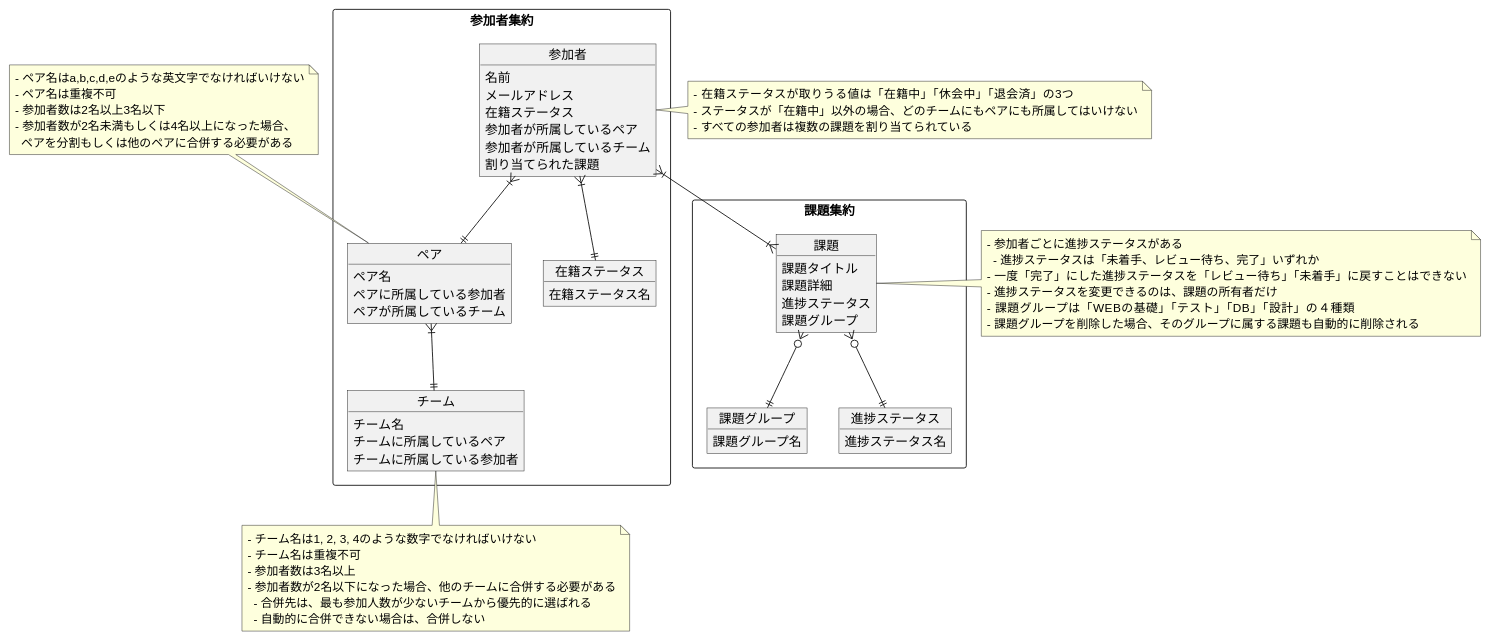
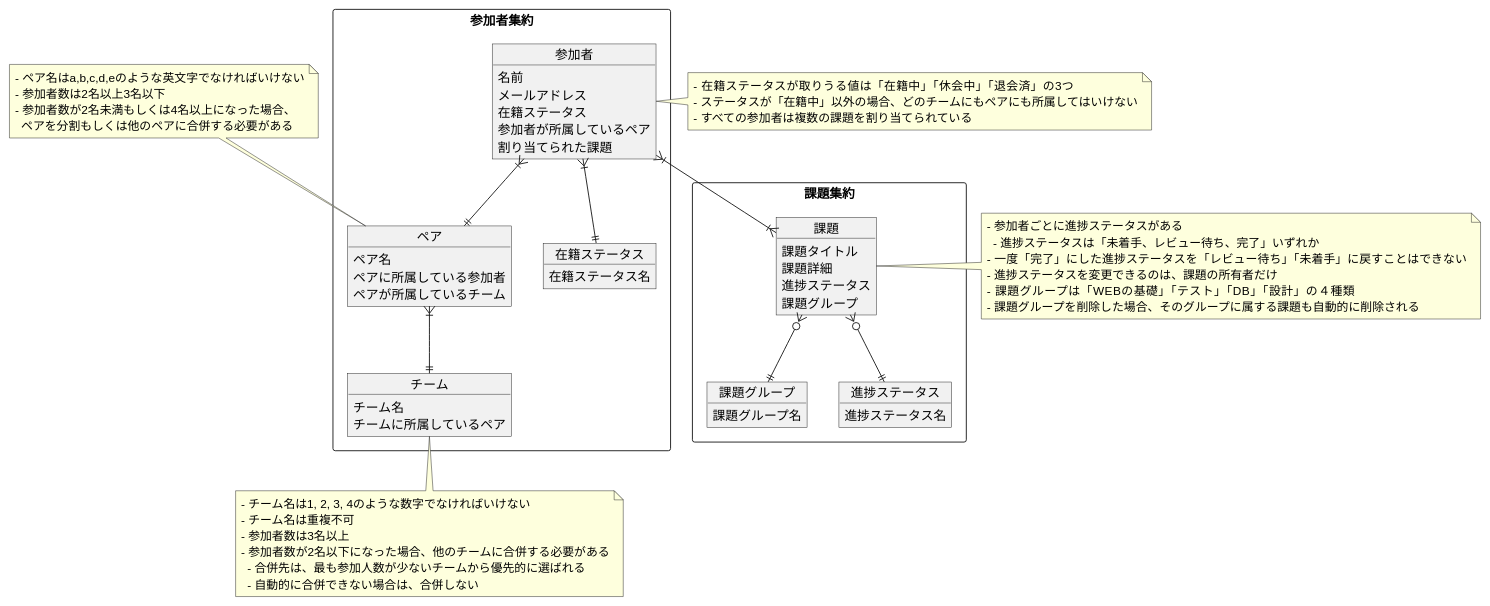
One commit to gn-t-k/PrAhaChallengeTasks changed the diagram in 04_設計/04_プラハチャレンジをDDDで実装してみる/01_モデル図/ドメインモデル図.md. Above: the diagram before and after it, drawn with PlantUML.

Commit message:
不要な参照を削除

````diff
--- a/04_設計/04_プラハチャレンジをDDDで実装してみる/01_モデル図/ドメインモデル図.md
+++ b/04_設計/04_プラハチャレンジをDDDで実装してみる/01_モデル図/ドメインモデル図.md
@@ -3,82 +3,79 @@
 ```plantuml
 @startuml
 
 rectangle 参加者集約 {
   Object 参加者 {
     名前
     メールアドレス
     在籍ステータス
     参加者が所属しているペア
-    参加者が所属しているチーム
     割り当てられた課題
   }
   Object ペア {
     ペア名
     ペアに所属している参加者
     ペアが所属しているチーム
   }
   Object チーム {
     チーム名
     チームに所属しているペア
-    チームに所属している参加者
   }
   Object 在籍ステータス {
     在籍ステータス名
   }
 }
 rectangle 課題集約 {
   Object 課題 {
     課題タイトル
     課題詳細
     進捗ステータス
     課題グループ
   }
   Object 課題グループ {
     課題グループ名
   }
   Object 進捗ステータス {
     進捗ステータス名
   }
 }
 
 参加者 }|--|{ 課題
 参加者 }|--|| 在籍ステータス
 参加者 }|--|| ペア
 ペア }|--|| チーム
 課題 }o--|| 課題グループ
 課題 }o--|| 進捗ステータス
 
 note right of 参加者
 - 在籍ステータスが取りうる値は「在籍中」「休会中」「退会済」の3つ
 - ステータスが「在籍中」以外の場合、どのチームにもペアにも所属してはいけない
 - すべての参加者は複数の課題を割り当てられている
 endnote
 
 note top of ペア
 - ペア名はa,b,c,d,eのような英文字でなければいけない
-- ペア名は重複不可
 - 参加者数は2名以上3名以下
 - 参加者数が2名未満もしくは4名以上になった場合、
   ペアを分割もしくは他のペアに合併する必要がある
 end note
 
 note bottom of チーム
 - チーム名は1, 2, 3, 4のような数字でなければいけない
 - チーム名は重複不可
 - 参加者数は3名以上
 - 参加者数が2名以下になった場合、他のチームに合併する必要がある
   - 合併先は、最も参加人数が少ないチームから優先的に選ばれる
   - 自動的に合併できない場合は、合併しない
 end note
 
 note right of 課題
 - 参加者ごとに進捗ステータスがある
   - 進捗ステータスは「未着手、レビュー待ち、完了」いずれか
 - 一度「完了」にした進捗ステータスを「レビュー待ち」「未着手」に戻すことはできない
 - 進捗ステータスを変更できるのは、課題の所有者だけ
 - 課題グループは「WEBの基礎」「テスト」「DB」「設計」の４種類
 - 課題グループを削除した場合、そのグループに属する課題も自動的に削除される
 end note
 
 @enduml
 ```
````
